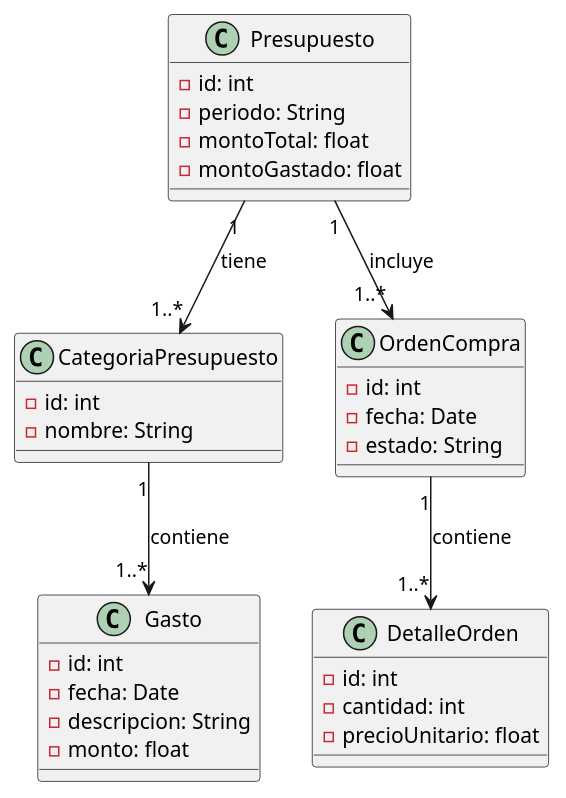
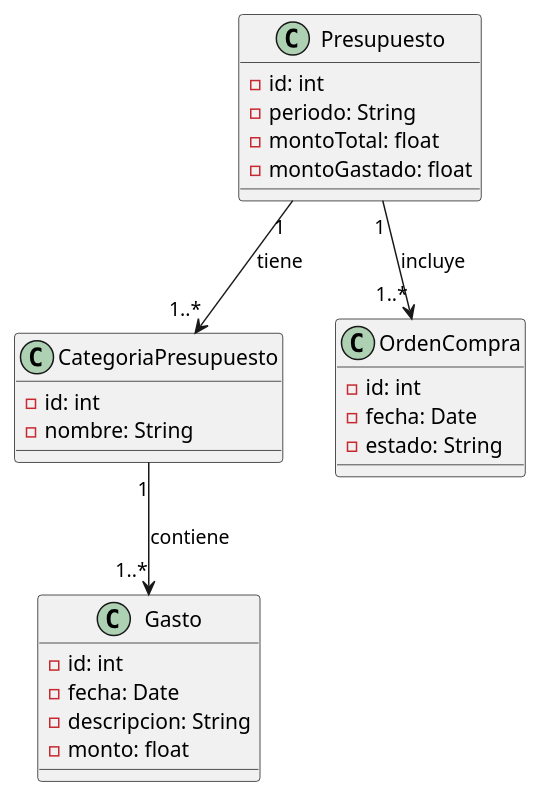
Before and after one commit to mmasias/25-26-IDSW1: the diagram in entregas/atecaAlejandro/reto-001/Presupuesto.puml, drawn with PlantUML.

Commit message:
Corregido

```diff
--- a/entregas/atecaAlejandro/reto-001/Presupuesto.puml
+++ b/entregas/atecaAlejandro/reto-001/Presupuesto.puml
@@ -1,41 +1,33 @@
 @startuml
 
 class Presupuesto {
     - id: int
     - periodo: String
     - montoTotal: float
     - montoGastado: float
 }
 
 class CategoriaPresupuesto {
     - id: int
     - nombre: String
 }
 
 class Gasto {
     - id: int
     - fecha: Date
     - descripcion: String
     - monto: float
 }
 
 class OrdenCompra {
     - id: int
     - fecha: Date
     - estado: String
 }
 
-class DetalleOrden {
-    ' Aquí puedes añadir atributos si lo deseas
-    - id: int
-    - cantidad: int
-    - precioUnitario: float
-}
-
 ' Relaciones
 Presupuesto "1" --> "1..*" CategoriaPresupuesto : tiene
 CategoriaPresupuesto "1" --> "1..*" Gasto : contiene
 Presupuesto "1" --> "1..*" OrdenCompra : incluye
-OrdenCompra "1" --> "1..*" DetalleOrden : contiene
 
 @enduml
```
